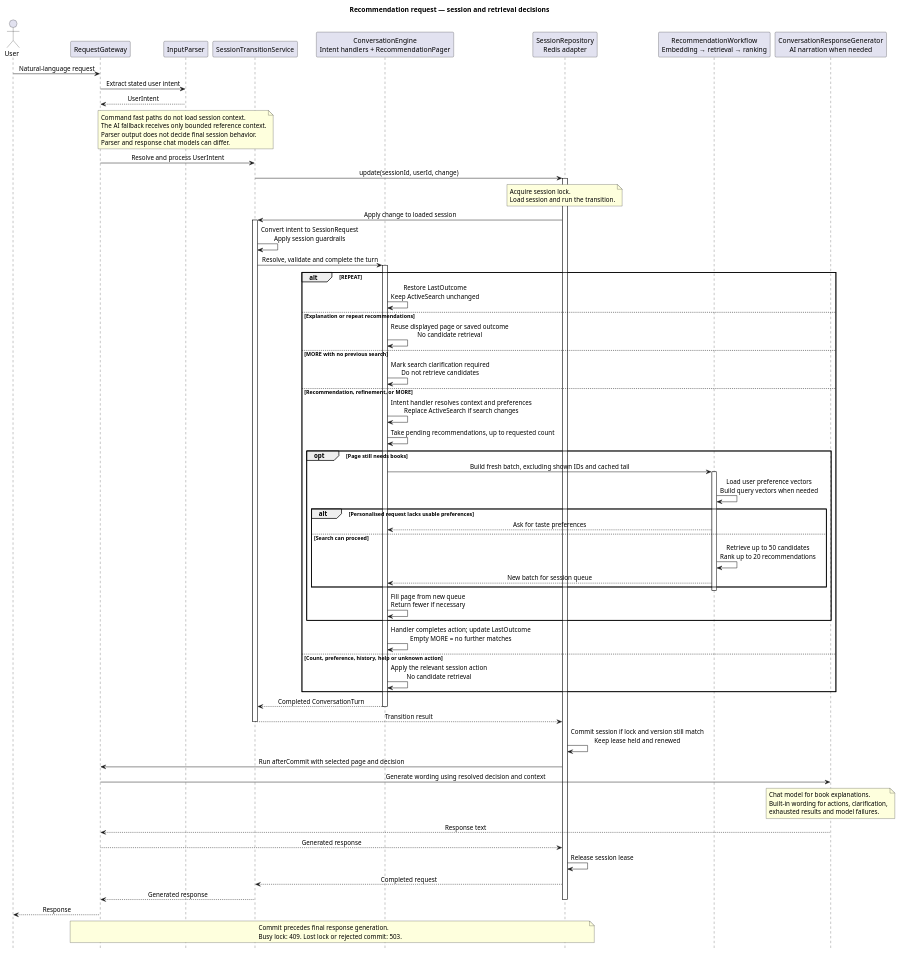
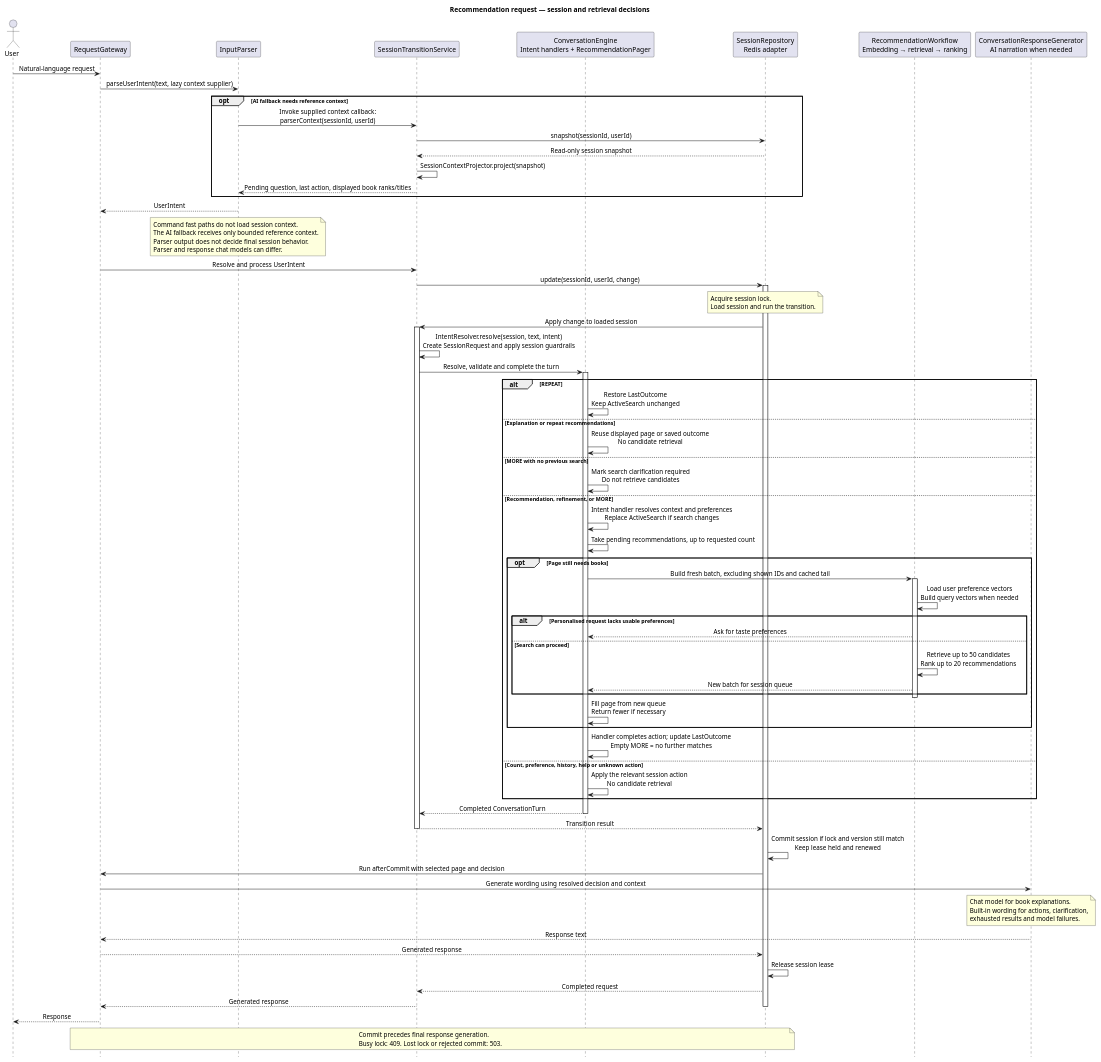
Before and after one commit to Juliu9/IT-Project: the diagram in docs/diagrams/recommendation-flow.puml, drawn with PlantUML. The commit also changed 13 other files, not shown here.

First line of the commit message:
Remove obsolete diagrams and test scaffolding

```diff
--- a/docs/diagrams/recommendation-flow.puml
+++ b/docs/diagrams/recommendation-flow.puml
@@ -1,90 +1,97 @@
 @startuml
 title Recommendation request — session and retrieval decisions
 skinparam backgroundColor #FFFFFF
 skinparam shadowing false
 skinparam defaultFontName SansSerif
 skinparam sequenceMessageAlign center
 hide footbox
 
 actor User
 participant RequestGateway as Gateway
 participant InputParser as Parser
 participant SessionTransitionService as Transition
 participant "ConversationEngine\nIntent handlers + RecommendationPager" as Engine
 participant "SessionRepository\nRedis adapter" as Sessions
 participant "RecommendationWorkflow\nEmbedding → retrieval → ranking" as Workflow
 participant "ConversationResponseGenerator\nAI narration when needed" as Response
 
 User -> Gateway : Natural-language request
-Gateway -> Parser : Extract stated user intent
+Gateway -> Parser : parseUserIntent(text, lazy context supplier)
+opt AI fallback needs reference context
+  Parser -> Transition : Invoke supplied context callback:\nparserContext(sessionId, userId)
+  Transition -> Sessions : snapshot(sessionId, userId)
+  Sessions --> Transition : Read-only session snapshot
+  Transition -> Transition : SessionContextProjector.project(snapshot)
+  Transition --> Parser : Pending question, last action, displayed book ranks/titles
+end
 Parser --> Gateway : UserIntent
 note over Parser
   Command fast paths do not load session context.
   The AI fallback receives only bounded reference context.
   Parser output does not decide final session behavior.
   Parser and response chat models can differ.
 end note
 Gateway -> Transition : Resolve and process UserIntent
 Transition -> Sessions : update(sessionId, userId, change)
 activate Sessions
 note over Sessions
   Acquire session lock.
   Load session and run the transition.
 end note
 Sessions -> Transition : Apply change to loaded session
 activate Transition
-Transition -> Transition : Convert intent to SessionRequest\nApply session guardrails
+Transition -> Transition : IntentResolver.resolve(session, text, intent)\nCreate SessionRequest and apply session guardrails
 Transition -> Engine : Resolve, validate and complete the turn
 activate Engine
 
 alt REPEAT
   Engine -> Engine : Restore LastOutcome\nKeep ActiveSearch unchanged
 else Explanation or repeat recommendations
   Engine -> Engine : Reuse displayed page or saved outcome\nNo candidate retrieval
 else MORE with no previous search
   Engine -> Engine : Mark search clarification required\nDo not retrieve candidates
 else Recommendation, refinement, or MORE
   Engine -> Engine : Intent handler resolves context and preferences\nReplace ActiveSearch if search changes
   Engine -> Engine : Take pending recommendations, up to requested count
   opt Page still needs books
     Engine -> Workflow : Build fresh batch, excluding shown IDs and cached tail
     activate Workflow
     Workflow -> Workflow : Load user preference vectors\nBuild query vectors when needed
     alt Personalised request lacks usable preferences
       Workflow --> Engine : Ask for taste preferences
     else Search can proceed
       Workflow -> Workflow : Retrieve up to 50 candidates\nRank up to 20 recommendations
       Workflow --> Engine : New batch for session queue
     end
     deactivate Workflow
     Engine -> Engine : Fill page from new queue\nReturn fewer if necessary
   end
   Engine -> Engine : Handler completes action; update LastOutcome\nEmpty MORE = no further matches
 else Count, preference, history, help or unknown action
   Engine -> Engine : Apply the relevant session action\nNo candidate retrieval
 end
 
 Engine --> Transition : Completed ConversationTurn
 deactivate Engine
 Transition --> Sessions : Transition result
 deactivate Transition
 Sessions -> Sessions : Commit session if lock and version still match\nKeep lease held and renewed
 Sessions -> Gateway : Run afterCommit with selected page and decision
 Gateway -> Response : Generate wording using resolved decision and context
 note over Response
   Chat model for book explanations.
   Built-in wording for actions, clarification,
   exhausted results and model failures.
 end note
 Response --> Gateway : Response text
 Gateway --> Sessions : Generated response
 Sessions -> Sessions : Release session lease
 Sessions --> Transition : Completed request
 Transition --> Gateway : Generated response
 deactivate Sessions
 Gateway --> User : Response
 note over Gateway, Sessions
   Commit precedes final response generation.
   Busy lock: 409. Lost lock or rejected commit: 503.
 end note
 @enduml
```
